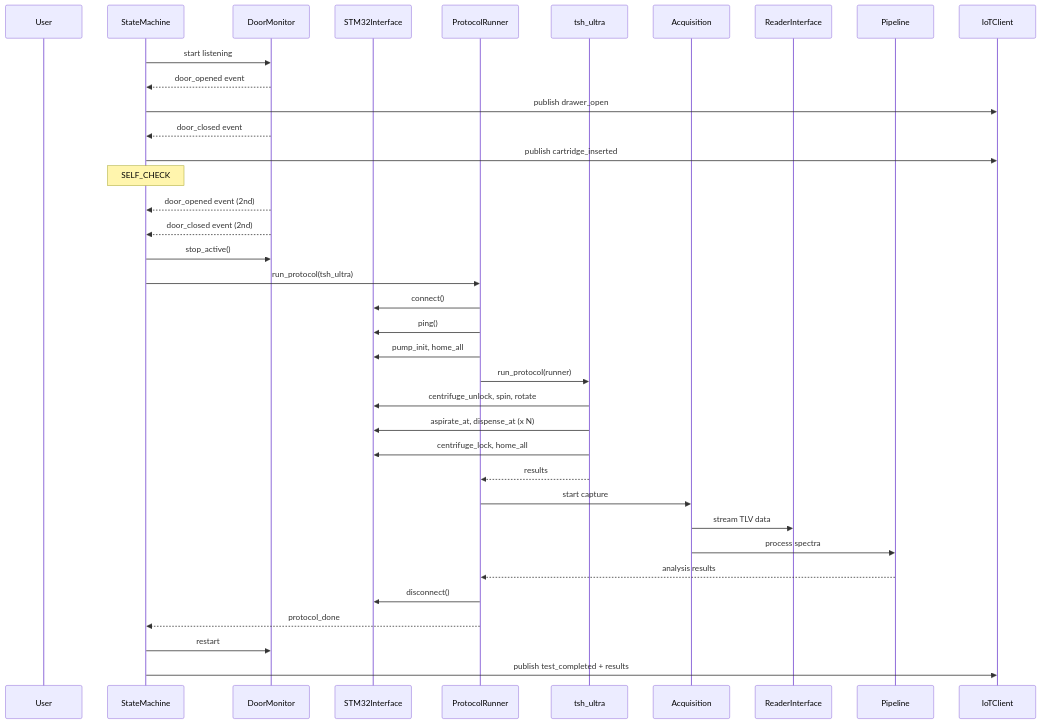
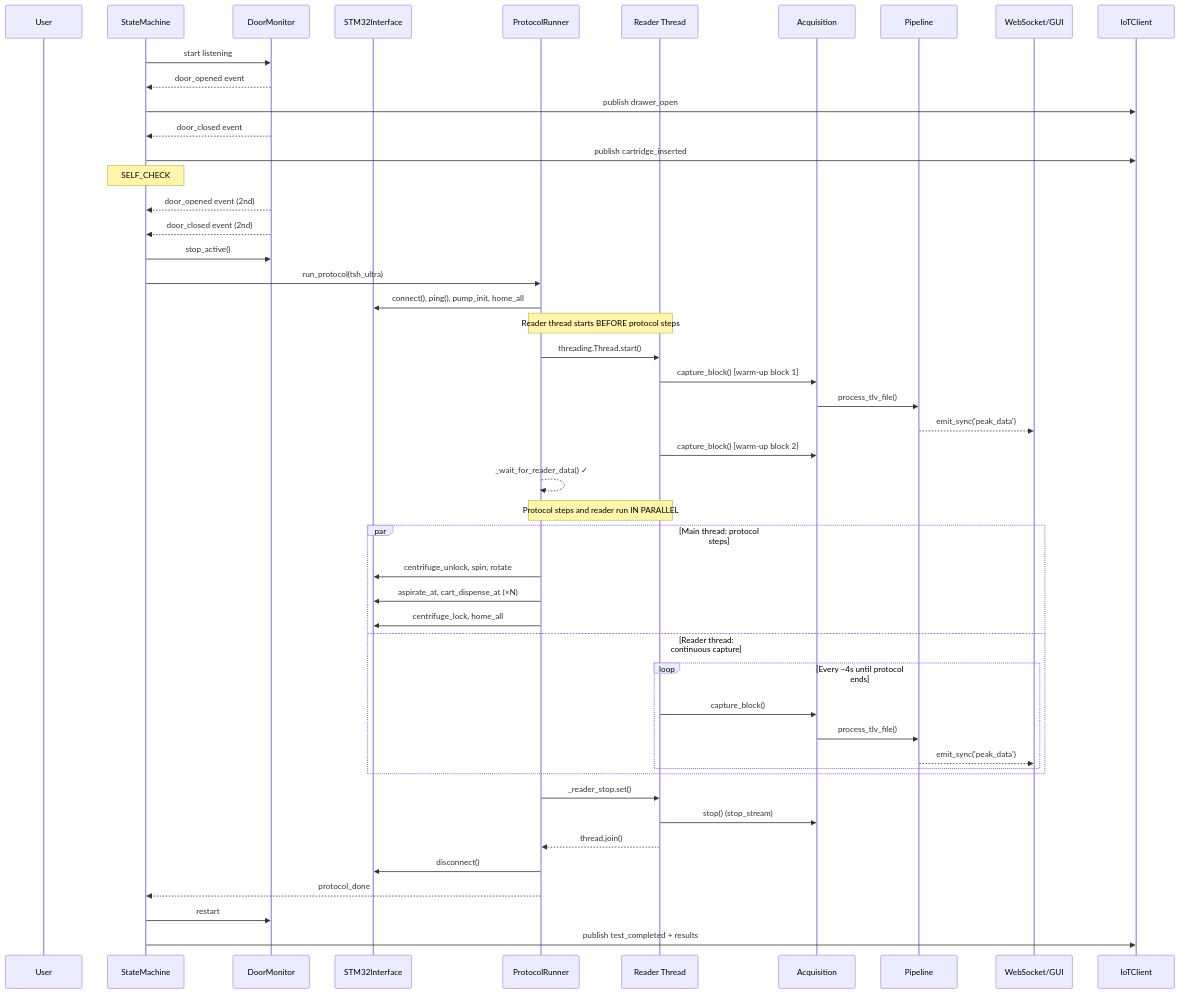
One commit to sp-mzhang/ultra-rpi changed the second of 2 diagrams in docs/ARCHITECTURE.md. Above: the diagram before and after it, drawn with Mermaid. The commit also changed other lines of this file and 5 other files, not shown here.

First line of the commit message:
refactor: dedicated reader thread, remove pressure UI, update docs

````diff
--- a/docs/ARCHITECTURE.md
+++ b/docs/ARCHITECTURE.md
@@ -1022,40 +1177,54 @@
 ```mermaid
 sequenceDiagram
     participant User
     participant SM as StateMachine
     participant Door as DoorMonitor
     participant STM as STM32Interface
     participant PR as ProtocolRunner
-    participant Recipe as tsh_ultra
+    participant RT as Reader Thread
     participant Acq as Acquisition
-    participant Reader as ReaderInterface
     participant Pipe as Pipeline
+    participant GUI as WebSocket/GUI
     participant IoT as IoTClient
 
     SM->>Door: start listening
     Door-->>SM: door_opened event
     SM->>IoT: publish drawer_open
     Door-->>SM: door_closed event
     SM->>IoT: publish cartridge_inserted
     Note over SM: SELF_CHECK
     Door-->>SM: door_opened event (2nd)
     Door-->>SM: door_closed event (2nd)
     SM->>Door: stop_active()
     SM->>PR: run_protocol(tsh_ultra)
-    PR->>STM: connect()
-    PR->>STM: ping()
-    PR->>STM: pump_init, home_all
-    PR->>Recipe: run_protocol(runner)
-    Recipe->>STM: centrifuge_unlock, spin, rotate
-    Recipe->>STM: aspirate_at, dispense_at (x N)
-    Recipe->>STM: centrifuge_lock, home_all
-    Recipe-->>PR: results
-    PR->>Acq: start capture
-    Acq->>Reader: stream TLV data
-    Acq->>Pipe: process spectra
-    Pipe-->>PR: analysis results
+    PR->>STM: connect(), ping(), pump_init, home_all
+
+    Note over PR,RT: Reader thread starts BEFORE protocol steps
+    PR->>RT: threading.Thread.start()
+    RT->>Acq: capture_block() [warm-up block 1]
+    Acq->>Pipe: process_tlv_file()
+    Pipe-->>GUI: emit_sync('peak_data')
+    RT->>Acq: capture_block() [warm-up block 2]
+    PR-->>PR: _wait_for_reader_data() ✓
+
+    Note over PR,RT: Protocol steps and reader run IN PARALLEL
+    par Main thread: protocol steps
+        PR->>STM: centrifuge_unlock, spin, rotate
+        PR->>STM: aspirate_at, cart_dispense_at (×N)
+        PR->>STM: centrifuge_lock, home_all
+    and Reader thread: continuous capture
+        loop Every ~4s until protocol ends
+            RT->>Acq: capture_block()
+            Acq->>Pipe: process_tlv_file()
+            Pipe-->>GUI: emit_sync('peak_data')
+        end
+    end
+
+    PR->>RT: _reader_stop.set()
+    RT->>Acq: stop() (stop_stream)
+    RT-->>PR: thread.join()
     PR->>STM: disconnect()
     PR-->>SM: protocol_done
     SM->>Door: restart
     SM->>IoT: publish test_completed + results
 ```
````
